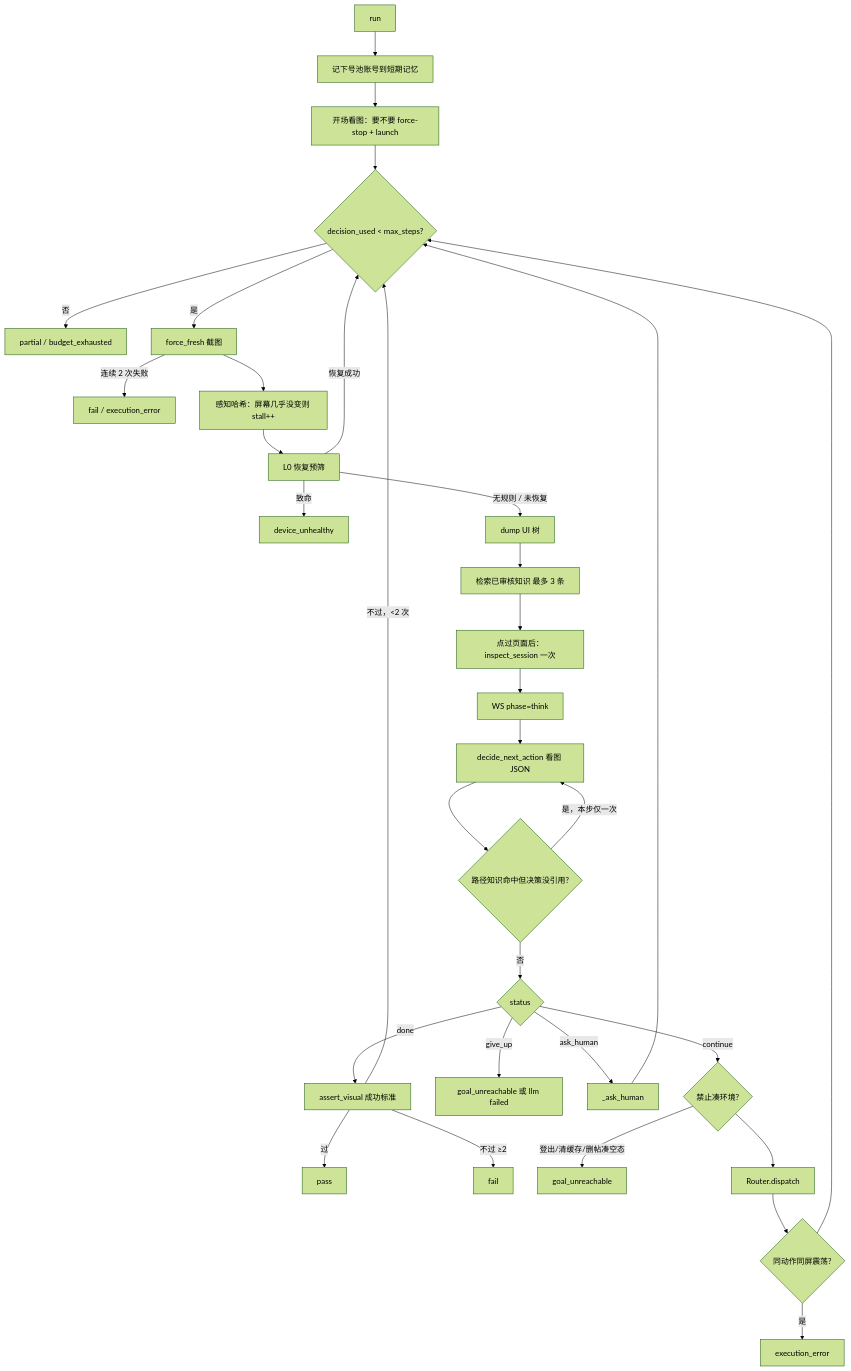
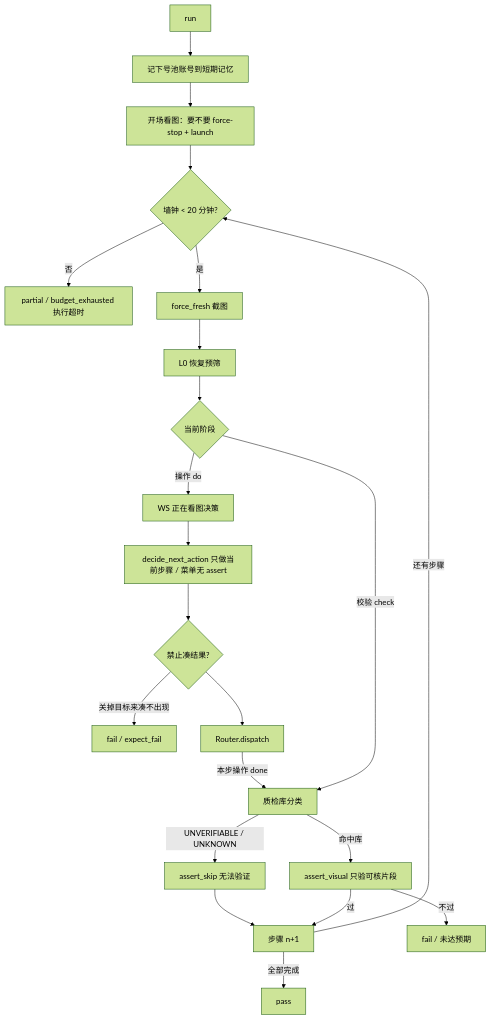
Before and after one commit to pengchengluoyi/MiniOrangeServer: the second of 2 diagrams in docs/plan/backend-execution.md, drawn with Mermaid (forest theme). The commit also changed other lines of this file and 50 other files, not shown here.

````diff
--- a/docs/plan/backend-execution.md
+++ b/docs/plan/backend-execution.md
@@ -346,34 +354,24 @@
 ```mermaid
 flowchart TD
   Start[run] --> Acc[记下号池账号到短期记忆]
   Acc --> Boot[开场看图：要不要 force-stop + launch]
-  Boot --> Loop{decision_used < max_steps?}
-  Loop -->|否| Budget[partial / budget_exhausted]
+  Boot --> Loop{墙钟 < 20 分钟?}
+  Loop -->|否| Budget[partial / budget_exhausted 执行超时]
   Loop -->|是| Shot[force_fresh 截图]
-  Shot -->|连续 2 次失败| CapFail[fail / execution_error]
-  Shot --> Stall[感知哈希：屏幕几乎没变则 stall++]
-  Stall --> Rec[L0 恢复预筛]
-  Rec -->|恢复成功| Loop
-  Rec -->|致命| DevFail[device_unhealthy]
-  Rec -->|无规则 / 未恢复| Dump[dump UI 树]
-  Dump --> KB[检索已审核知识 最多 3 条]
-  KB --> Sess[点过页面后：inspect_session 一次]
-  Sess --> Think[WS phase=think]
-  Think --> Decide[decide_next_action 看图 JSON]
-  Decide --> Nudge{路径知识命中但决策没引用?}
-  Nudge -->|是，本步仅一次| Decide
-  Nudge -->|否| Branch{status}
-  Branch -->|done| Assert[assert_visual 成功标准]
-  Assert -->|过| Pass[pass]
-  Assert -->|不过，&lt;2 次| Loop
-  Assert -->|不过 ≥2| FalseDone[fail]
-  Branch -->|give_up| GiveUp[goal_unreachable 或 llm failed]
-  Branch -->|ask_human| Hitl[_ask_human]
-  Hitl --> Loop
-  Branch -->|continue| Guard{禁止凑环境?}
-  Guard -->|登出/清缓存/删帖凑空态| EnvFail[goal_unreachable]
+  Shot --> Rec[L0 恢复预筛]
+  Rec --> Phase{当前阶段}
+  Phase -->|操作 do| Think[WS 正在看图决策]
+  Think --> Decide[decide_next_action 只做当前步骤 / 菜单无 assert]
+  Decide --> Guard{禁止凑结果?}
+  Guard -->|关掉目标来凑不出现| ProductFail[fail / expect_fail]
   Guard --> Disp[Router.dispatch]
-  Disp --> Oscil{同动作同屏震荡?}
-  Oscil -->|是| Stuck[execution_error]
-  Oscil --> Loop
+  Disp -->|本步操作 done| Check
+  Phase -->|校验 check| Check[质检库分类]
+  Check -->|UNVERIFIABLE / UNKNOWN| Skip[assert_skip 无法验证]
+  Check -->|命中库| Vision[assert_visual 只验可核片段]
+  Skip --> Next[步骤 n+1]
+  Vision -->|过| Next
+  Vision -->|不过| ExpectFail[fail / 未达预期]
+  Next -->|还有步骤| Loop
+  Next -->|全部完成| Pass[pass]
 ```
````
